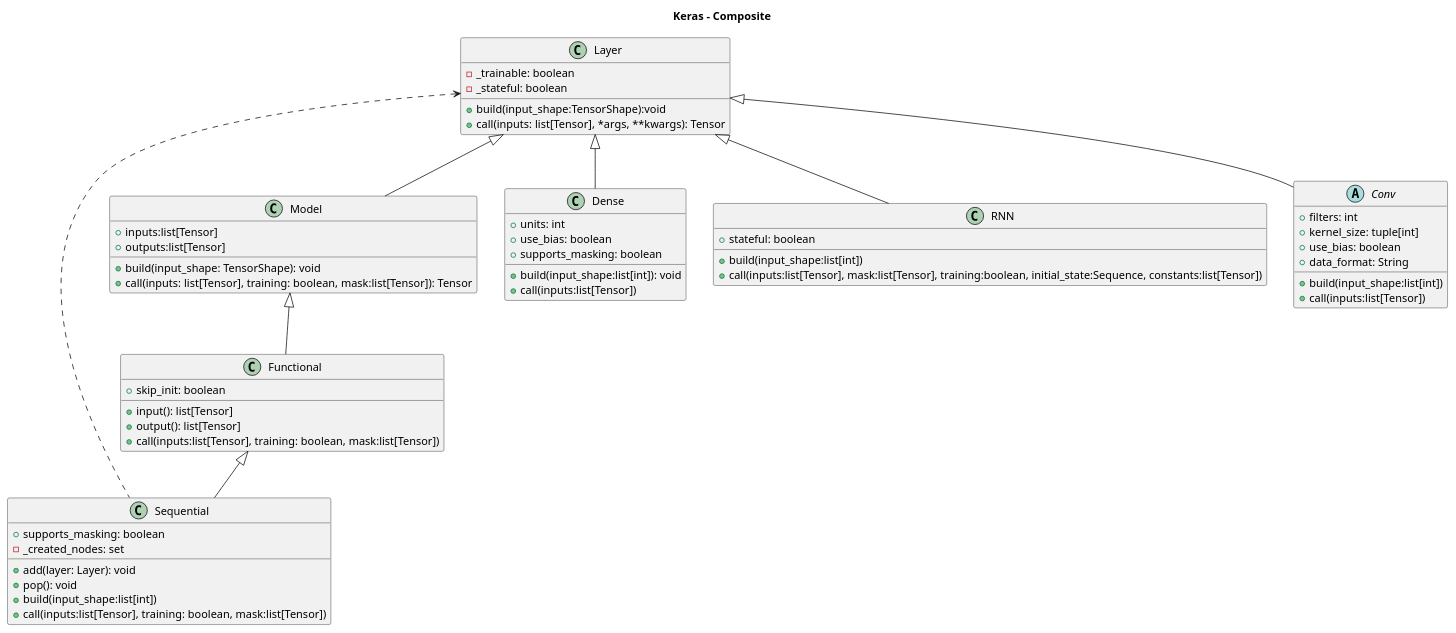
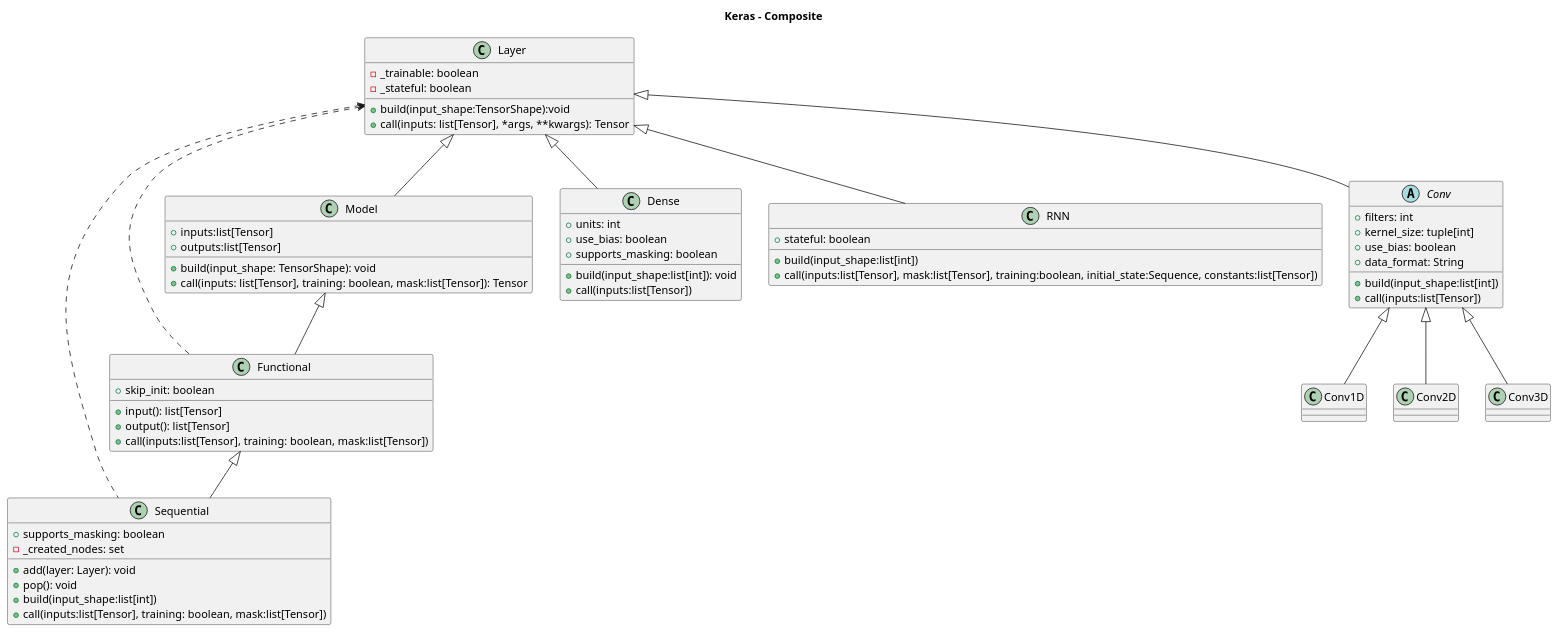
Before and after one commit to pholpaphankorn/keras_softarch_assignment: the diagram in uml_diagram/src/keras_Composite.puml, drawn with PlantUML. The commit also changed 2 other files, not shown here.

Commit message:
add new arch diagram

```diff
--- a/uml_diagram/src/keras_Composite.puml
+++ b/uml_diagram/src/keras_Composite.puml
@@ -1,64 +1,73 @@
 @startuml
 
 title Keras - Composite
 
 class Layer {
     +build(input_shape:TensorShape):void
     +call(inputs: list[Tensor], *args, **kwargs): Tensor
     -_trainable: boolean
     -_stateful: boolean
 } 
 
 class Model extends Layer{
     +build(input_shape: TensorShape): void
     +call(inputs: list[Tensor], training: boolean, mask:list[Tensor]): Tensor
     +inputs:list[Tensor]
     +outputs:list[Tensor]
 }
 
 class Dense extends Layer {
     +build(input_shape:list[int]): void
     +call(inputs:list[Tensor])
     +units: int
     +use_bias: boolean
     +supports_masking: boolean
 }
 
 class RNN extends Layer {
     +build(input_shape:list[int])
     +call(inputs:list[Tensor], mask:list[Tensor], training:boolean, initial_state:Sequence, constants:list[Tensor])
     +stateful: boolean
 }
 
 abstract class Conv extends Layer {
     +build(input_shape:list[int])
     +call(inputs:list[Tensor])
     +filters: int
     +kernel_size: tuple[int]
     +use_bias: boolean
     +data_format: String
 }
+class Conv1D extends Conv{
+    
+}
+class Conv2D extends Conv{
+
+}
+class Conv3D extends Conv{
+    
+}
 
 class Functional extends Model {
     +input(): list[Tensor]
     +output(): list[Tensor]
     +call(inputs:list[Tensor], training: boolean, mask:list[Tensor])
     +skip_init: boolean
 }
 
 class Sequential extends Functional {
     +add(layer: Layer): void
     +pop(): void
     +build(input_shape:list[int])
     +call(inputs:list[Tensor], training: boolean, mask:list[Tensor])
     +supports_masking: boolean
     -_created_nodes: set
 
 }
 
 Sequential .left.> Layer
-
+Functional .left.> Layer
 
 
 
 @enduml
```
